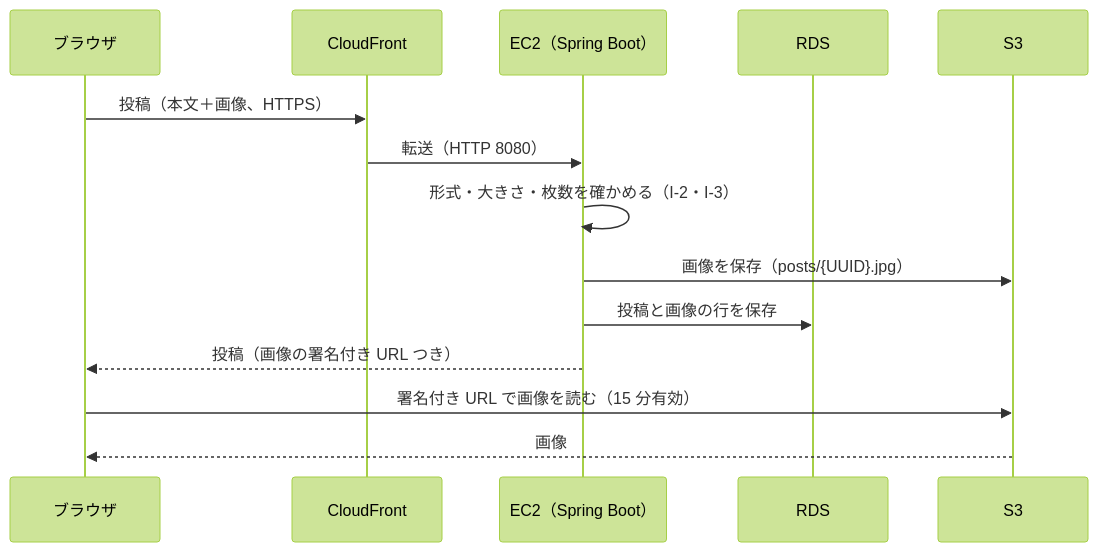
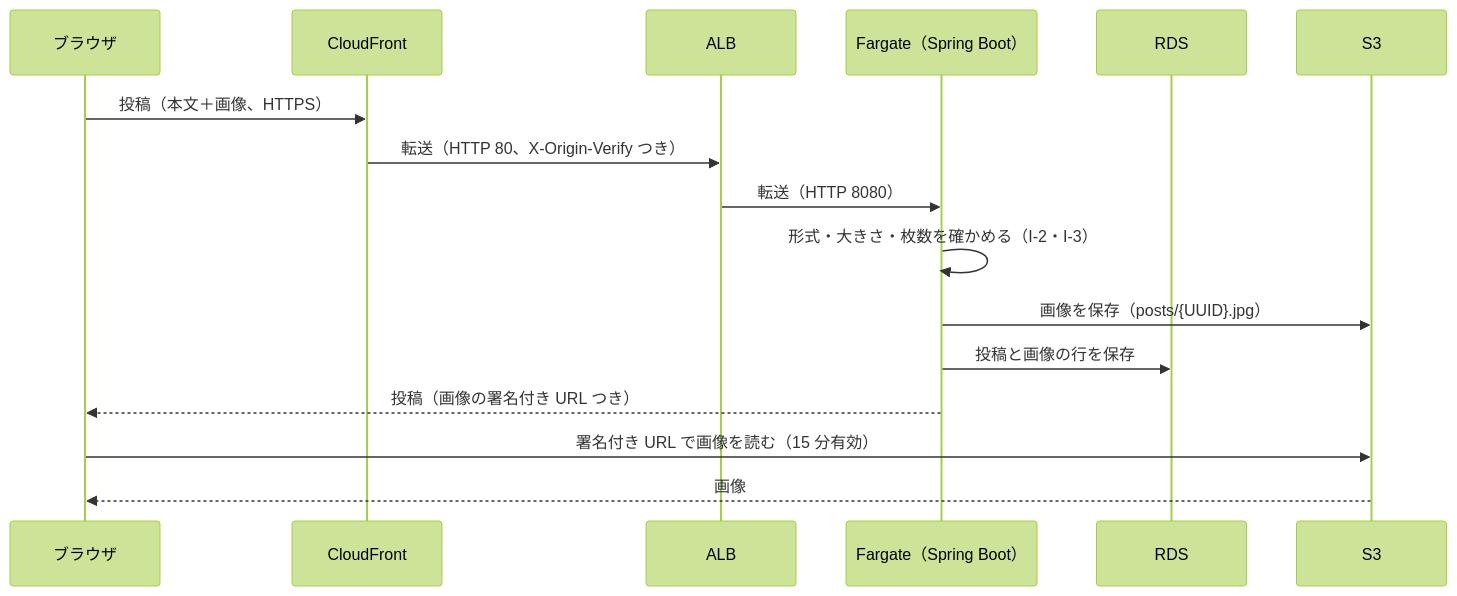
The second of 2 diagrams in docs/design/infra-design.md (y0408e0301-star/raise-timeline), drawn with Mermaid (forest theme) before and after one commit. The commit also changed other lines of this file and 30 other files, not shown here.

First line of the commit message:
公開環境の Terraform（S3＋CloudFront・ALB・ECS Fargate・RDS）と API のイメージを作る（3-2b） (#71)

````diff
--- a/docs/design/infra-design.md
+++ b/docs/design/infra-design.md
@@ -133,17 +155,19 @@
 ```mermaid
 sequenceDiagram
     participant B as ブラウザ
     participant C as CloudFront
-    participant E as EC2（Spring Boot）
+    participant A as ALB
+    participant E as Fargate（Spring Boot）
     participant D as RDS
     participant S as S3
 
     B->>C: 投稿（本文＋画像、HTTPS）
-    C->>E: 転送（HTTP 8080）
+    C->>A: 転送（HTTP 80、X-Origin-Verify つき）
+    A->>E: 転送（HTTP 8080）
     E->>E: 形式・大きさ・枚数を確かめる（I-2・I-3）
     E->>S: 画像を保存（posts/{UUID}.jpg）
     E->>D: 投稿と画像の行を保存
     E-->>B: 投稿（画像の署名付き URL つき）
     B->>S: 署名付き URL で画像を読む（15 分有効）
     S-->>B: 画像
 ```
````
